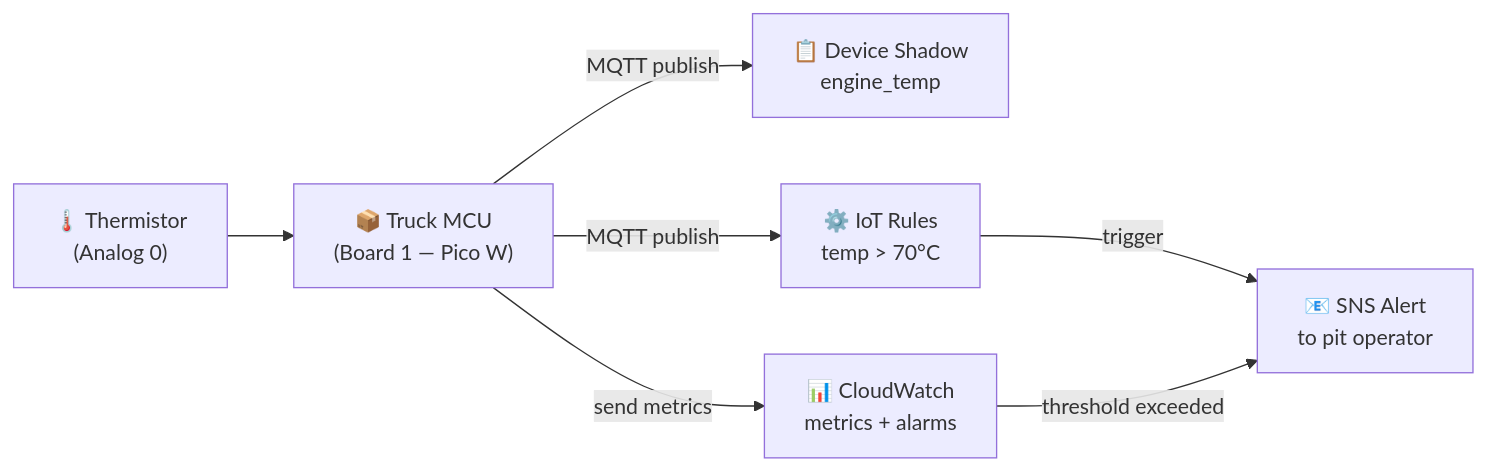
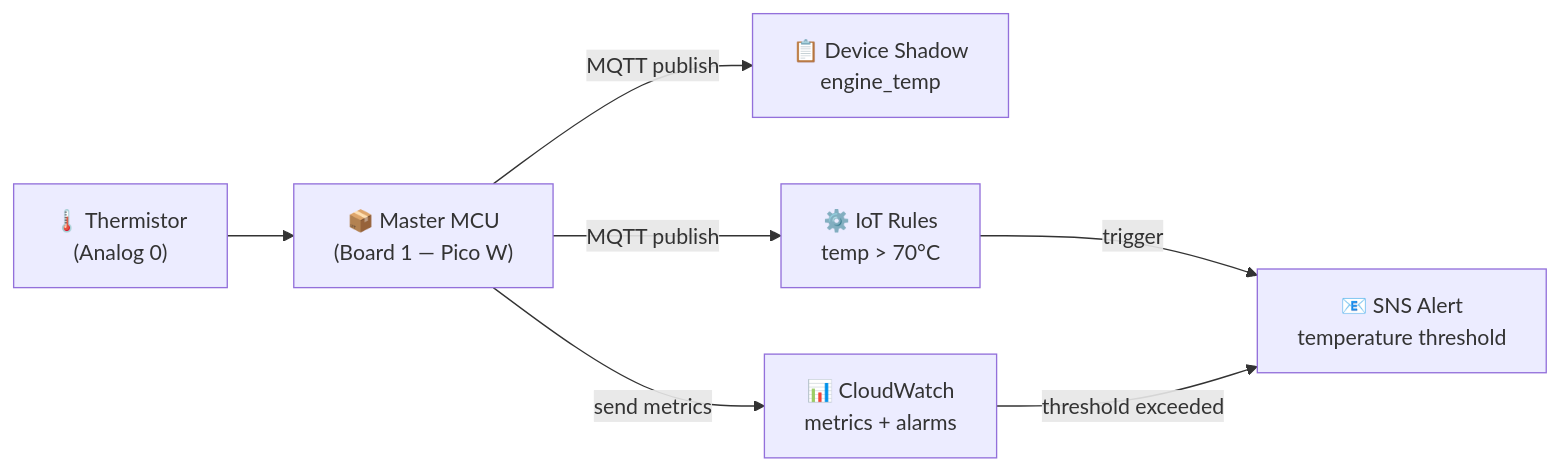
One commit to prgrobots/Iot2_new changed the second of 7 diagrams in docs/electronics/09.md. Above: the diagram before and after it, drawn with Mermaid. The commit also changed other lines of this file and 60 other files, not shown here.

First line of the commit message:
Update MCU architecture: Remove pit operator role, clarify Master/Slave MCU

````diff
--- a/docs/electronics/09.md
+++ b/docs/electronics/09.md
@@ -140,20 +140,20 @@
 ```mermaid
 graph LR
     Thermistor["🌡️ Thermistor<br/>(Analog 0)"]
     
-    Board1["📦 Truck MCU<br/>(Board 1 — Pico W)"]
+    Board1["📦 Master MCU<br/>(Board 1 — Pico W)"]
     
     Shadow["📋 Device Shadow<br/>engine_temp"]
     Rules["⚙️ IoT Rules<br/>temp > 70°C"]
     CW["📊 CloudWatch<br/>metrics + alarms"]
-    SNS["📧 SNS Alert<br/>to pit operator"]
+    SNS["📧 SNS Alert<br/>temperature threshold"]
     
     Thermistor --> Board1
     
     Board1 -->|MQTT publish| Shadow
     Board1 -->|MQTT publish| Rules
     Board1 -->|send metrics| CW
     
     Rules -->|trigger| SNS
     CW -->|threshold exceeded| SNS
 ```
````
